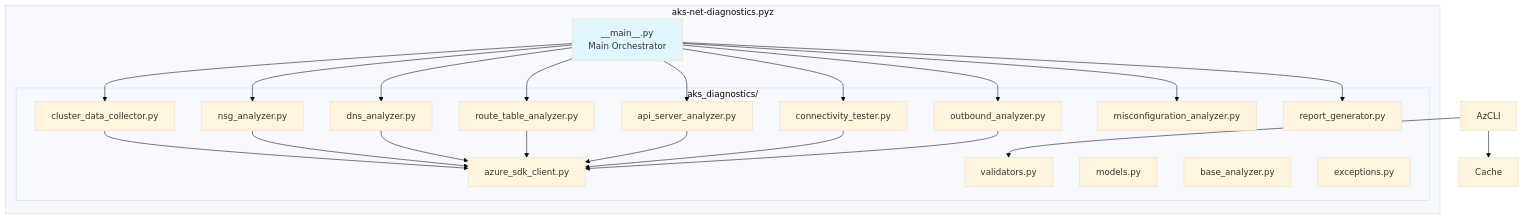
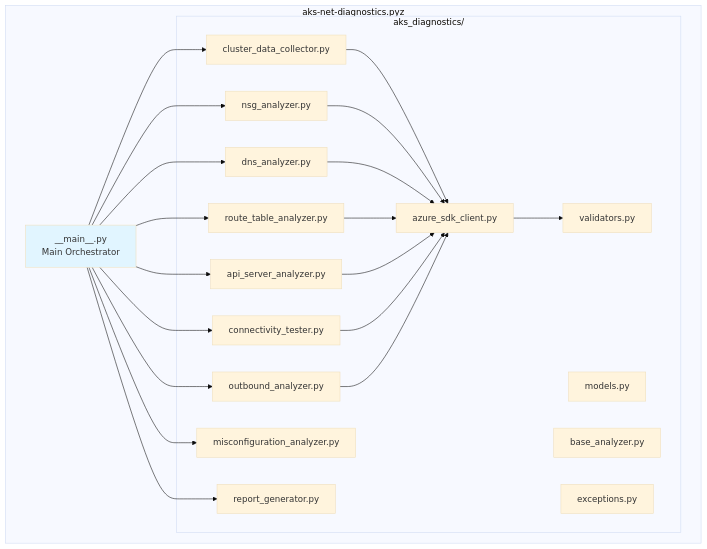
Before and after one commit to sturrent/aks-net-diagnostics: the fourth of 5 diagrams in ARCHITECTURE.md, drawn with Mermaid (base theme). The commit also changed other lines of this file, not shown here.

First line of the commit message:
docs: Fix remaining cache references in ARCHITECTURE.md

````diff
--- a/ARCHITECTURE.md
+++ b/ARCHITECTURE.md
@@ -586,30 +575,30 @@
 ```mermaid
 graph TB
     subgraph "aks-net-diagnostics.pyz"
         Main[__main__.py<br/>Main Orchestrator]
         
         subgraph "aks_diagnostics/"
             CDC[cluster_data_collector.py]
             AzSDK[azure_sdk_client.py]
             NSG[nsg_analyzer.py]
             DNS[dns_analyzer.py]
             RT[route_table_analyzer.py]
             API[api_server_analyzer.py]
             CT[connectivity_tester.py]
             OB[outbound_analyzer.py]
             MA[misconfiguration_analyzer.py]
             RG[report_generator.py]
             Val[validators.py]
             Mod[models.py]
             Base[base_analyzer.py]
             Exc[exceptions.py]
         end
     end
     
     Main --> CDC & NSG & DNS & RT & API & CT & OB & MA & RG
     CDC --> AzSDK
     NSG & DNS & RT & API & CT & OB --> AzSDK
-    AzCLI --> Cache & Val
+    AzSDK --> Val
     
     style Main fill:#e1f5ff
 ```
````
